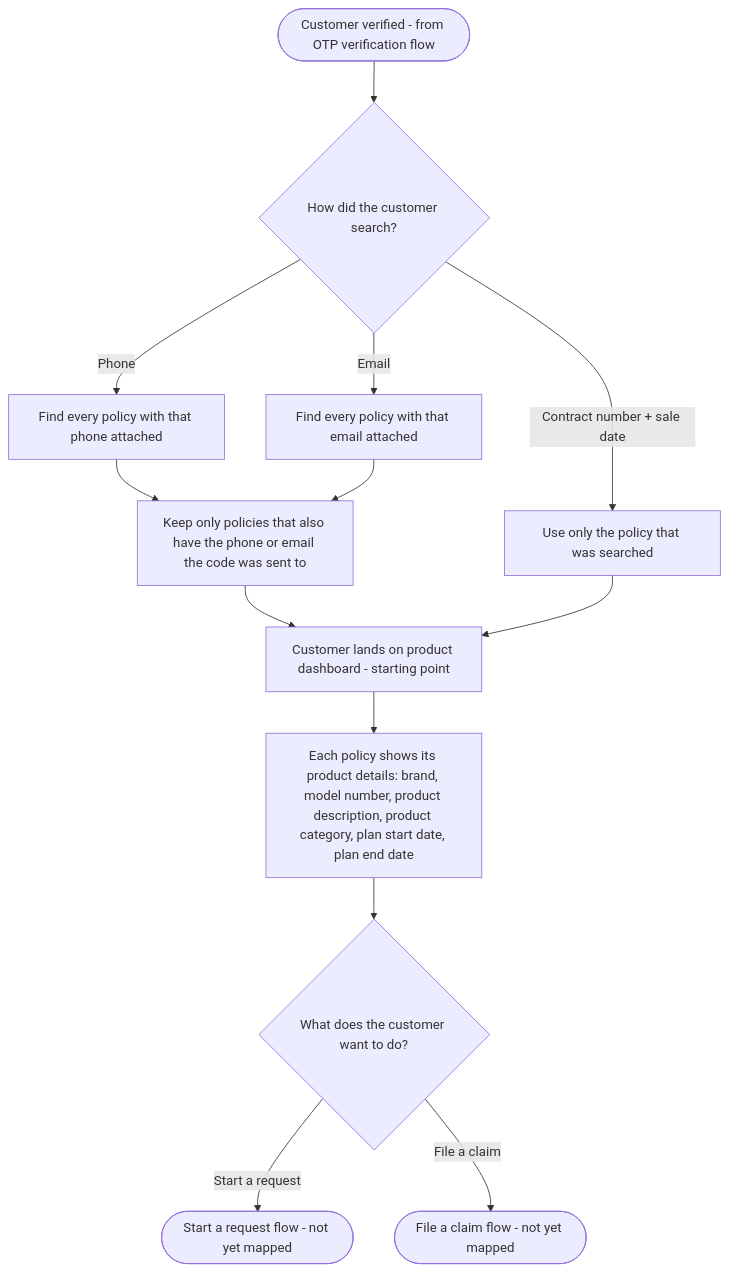
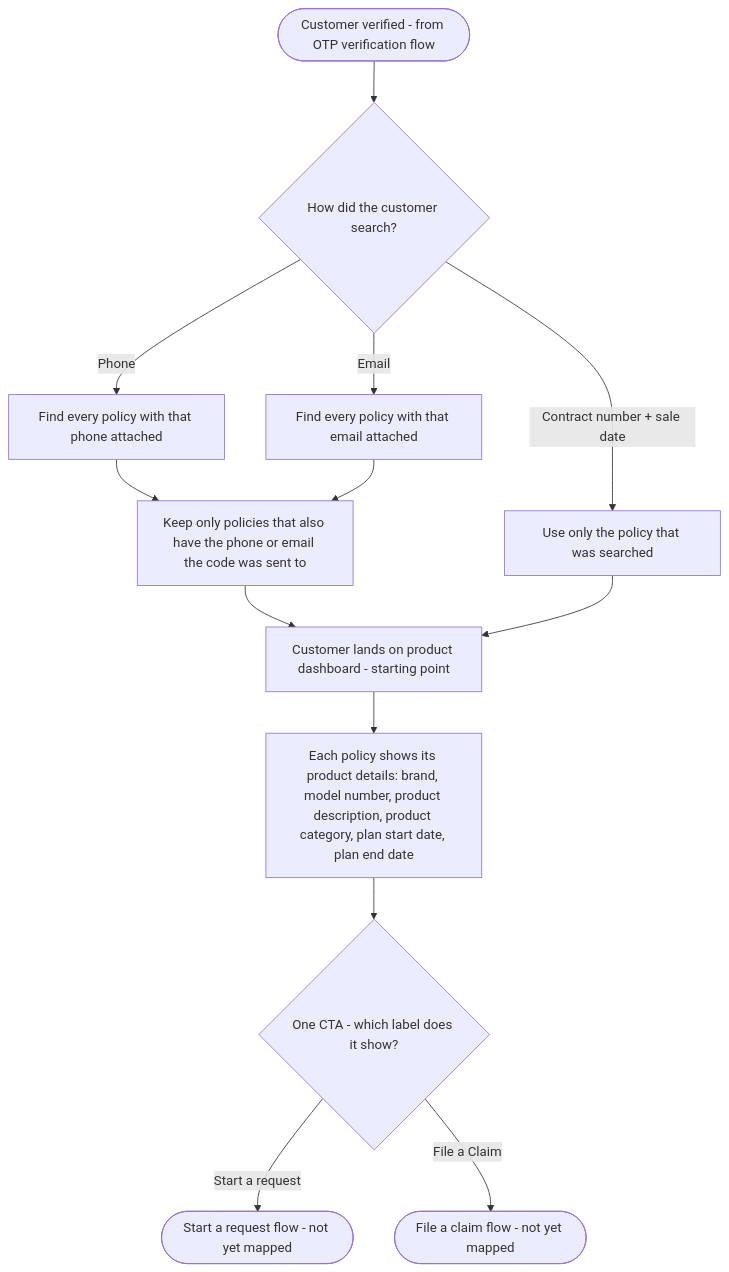
The diagram in docs/flows/04-policy-access.md (prqueen90-collab/journey-diagrams), drawn with Mermaid before and after one commit. The commit also changed other lines of this file, not shown here.

First line of the commit message:
Flow 4: one CTA with two possible labels

````diff
--- a/docs/flows/04-policy-access.md
+++ b/docs/flows/04-policy-access.md
@@ -8,15 +8,15 @@
 ```mermaid
 flowchart TD
     A([Customer verified - from OTP verification flow]) --> B{How did the customer search?}
     B -->|Phone| C[Find every policy with that phone attached]
     B -->|Email| D[Find every policy with that email attached]
     B -->|Contract number + sale date| E[Use only the policy that was searched]
     C --> V[Keep only policies that also have the phone or email the code was sent to]
     D --> V
     V --> F[Customer lands on product dashboard - starting point]
     E --> F
     F --> G[Each policy shows its product details: brand, model number, product description, product category, plan start date, plan end date]
-    G --> H{What does the customer want to do?}
+    G --> H{One CTA - which label does it show?}
     H -->|Start a request| I([Start a request flow - not yet mapped])
-    H -->|File a claim| J([File a claim flow - not yet mapped])
+    H -->|File a Claim| J([File a claim flow - not yet mapped])
 ```
````
